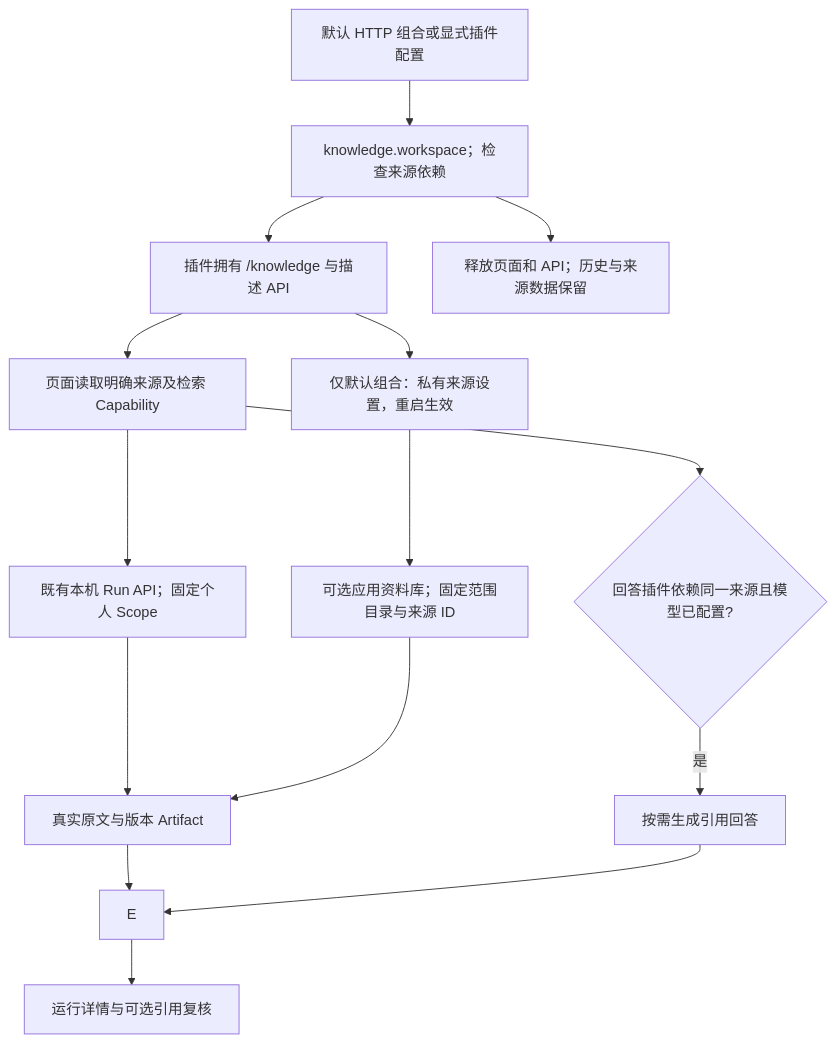
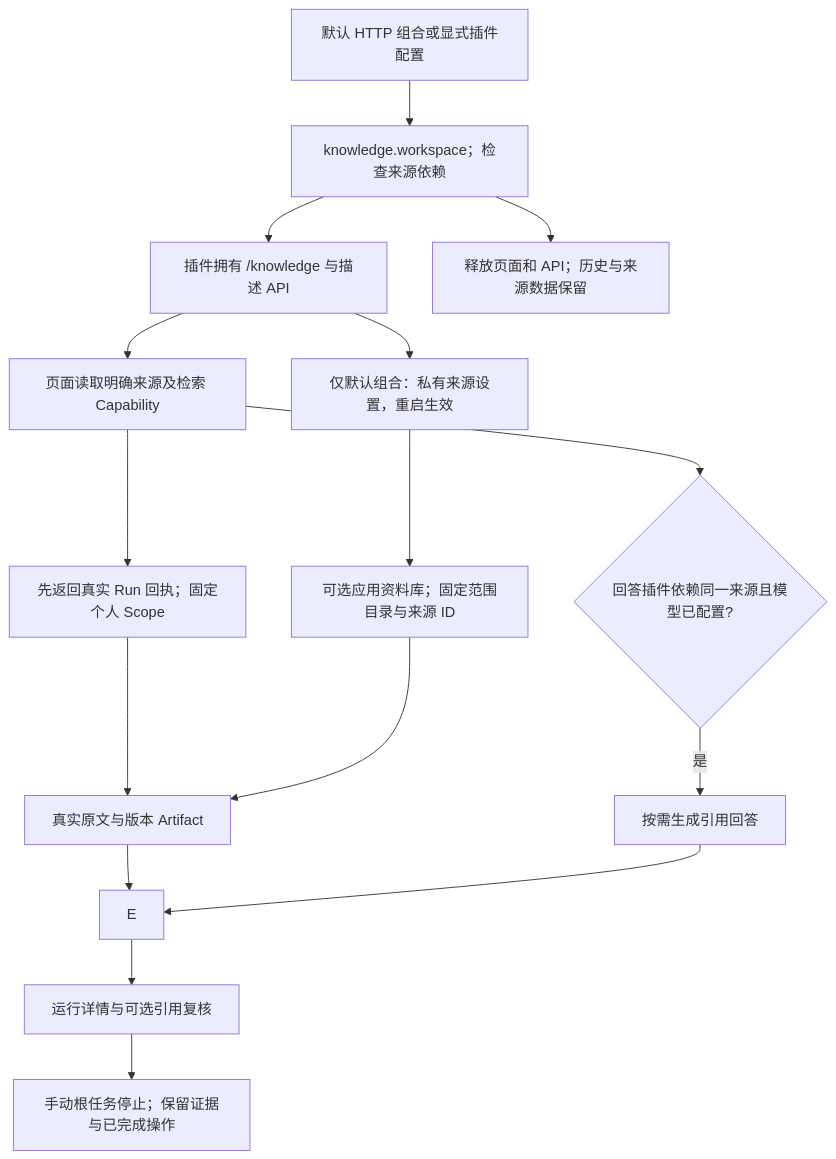
Before and after one commit to KlayPeter/AI-Delivery-Ops-Agent: the first of 2 diagrams in backend/src/knowledge/workspace/FEATURE.md, drawn with Mermaid. The commit also changed other lines of this file and 29 other files, not shown here.

````diff
--- a/backend/src/knowledge/workspace/FEATURE.md
+++ b/backend/src/knowledge/workspace/FEATURE.md
@@ -19,17 +19,18 @@
 ```mermaid
 flowchart TD
     C[默认 HTTP 组合或显式插件配置] --> P[knowledge.workspace；检查来源依赖]
     P --> W[插件拥有 /knowledge 与描述 API]
     W --> V[页面读取明确来源及检索 Capability]
-    V --> R[既有本机 Run API；固定个人 Scope]
+    V --> R[先返回真实 Run 回执；固定个人 Scope]
+    D --> STOPRUN[手动根任务停止；保留证据与已完成操作]
     R --> K[已选择的 Markdown 或网页 Agent]
     K --> E
     CFG --> LIB[可选应用资料库；固定范围目录与来源 ID]
     LIB --> K[真实原文与版本 Artifact]
     E --> D[运行详情与可选引用复核]
     V --> MATCH{回答插件依赖同一来源且模型已配置?}
     MATCH -- 是 --> A[按需生成引用回答]
     A --> E
     W --> CFG[仅默认组合：私有来源设置，重启生效]
     P --> STOP[释放页面和 API；历史与来源数据保留]
 ```
````
